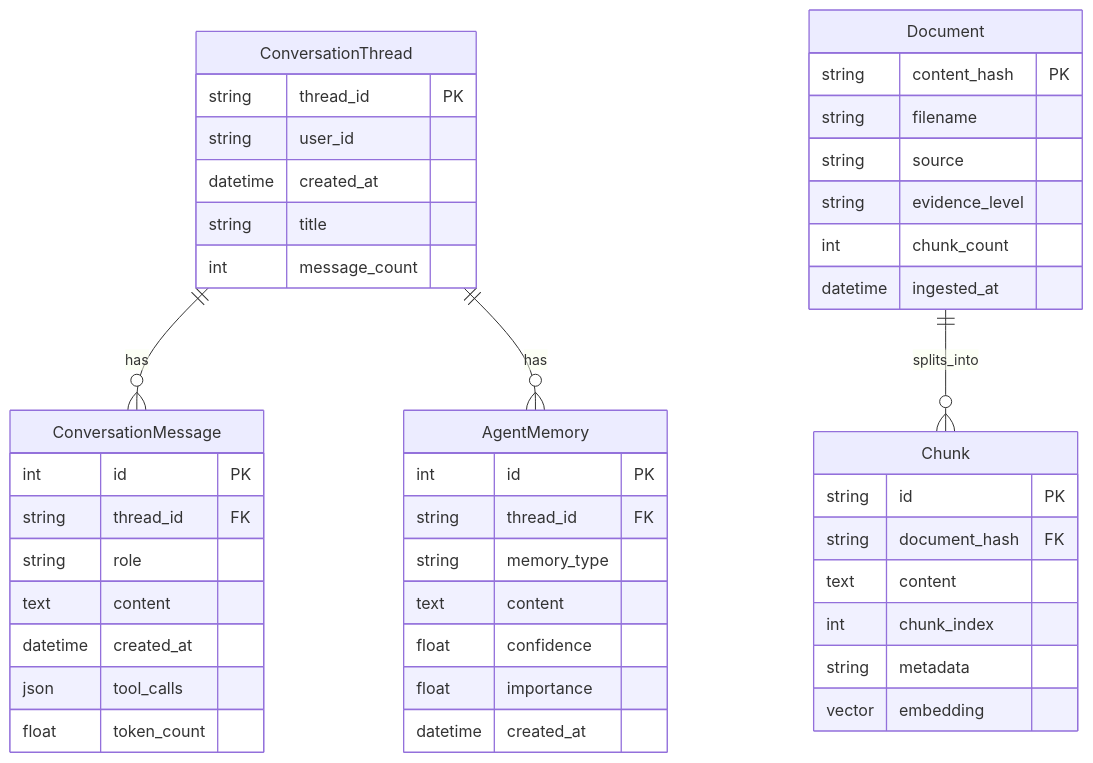
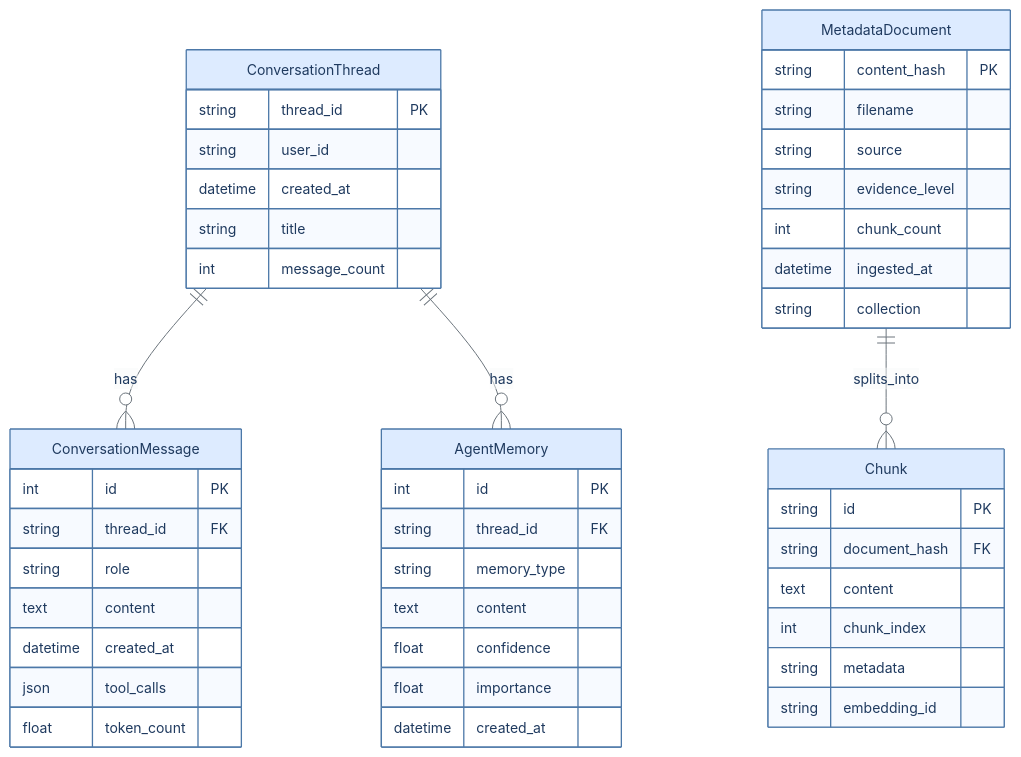
Before and after one commit to 1byteone/interview-note: the third of 4 diagrams in 4-interview/projects/agri-qa-assistant/项目速记卡.md, drawn with Mermaid. The commit also changed other lines of this file and 5 other files, not shown here.

First line of the commit message:
style(mermaid): 统一 Mermaid 专业样式体系与语义规范

````diff
--- a/4-interview/projects/agri-qa-assistant/项目速记卡.md
+++ b/4-interview/projects/agri-qa-assistant/项目速记卡.md
@@ -225,52 +254,55 @@
 ```mermaid
+%%{init: {"theme": "base", "fontFamily": "Arial, Microsoft YaHei, sans-serif", "fontSize": 14, "themeVariables": {"fontFamily": "Arial, Microsoft YaHei, sans-serif", "fontSize": "14px", "textColor": "#343A40", "lineColor": "#6C757D", "primaryColor": "#DDEBFF", "primaryBorderColor": "#4C78A8", "primaryTextColor": "#1F3A5F", "secondaryColor": "#F1F3F5", "tertiaryColor": "#F8F9FA"}}}%%
 erDiagram
     ConversationThread ||--o{ ConversationMessage : "has"
     ConversationThread ||--o{ AgentMemory : "has"
-    Document ||--o{ Chunk : "splits_into"
+
+    MetadataDocument ||--o{ Chunk : "splits_into"
 
     ConversationThread {
         string thread_id PK
         string user_id
         datetime created_at
         string title
         int message_count
     }
 
     ConversationMessage {
         int id PK
         string thread_id FK
         string role
         text content
         datetime created_at
         json tool_calls
         float token_count
     }
 
     AgentMemory {
         int id PK
         string thread_id FK
         string memory_type
         text content
         float confidence
         float importance
         datetime created_at
     }
 
-    Document {
+    MetadataDocument {
         string content_hash PK
         string filename
         string source
         string evidence_level
         int chunk_count
         datetime ingested_at
+        string collection
     }
 
     Chunk {
         string id PK
         string document_hash FK
         text content
         int chunk_index
         string metadata
-        vector embedding
+        string embedding_id
     }
 ```
````
